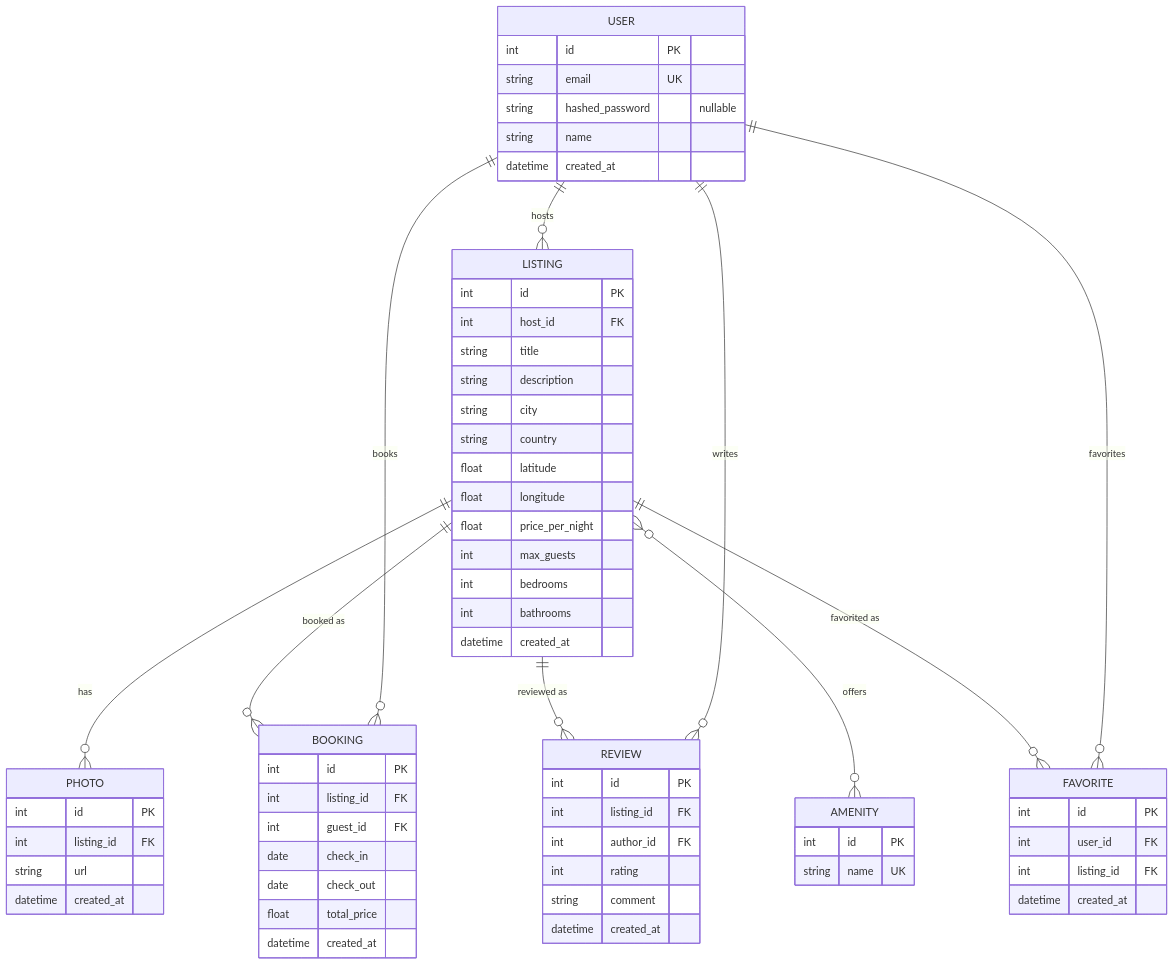
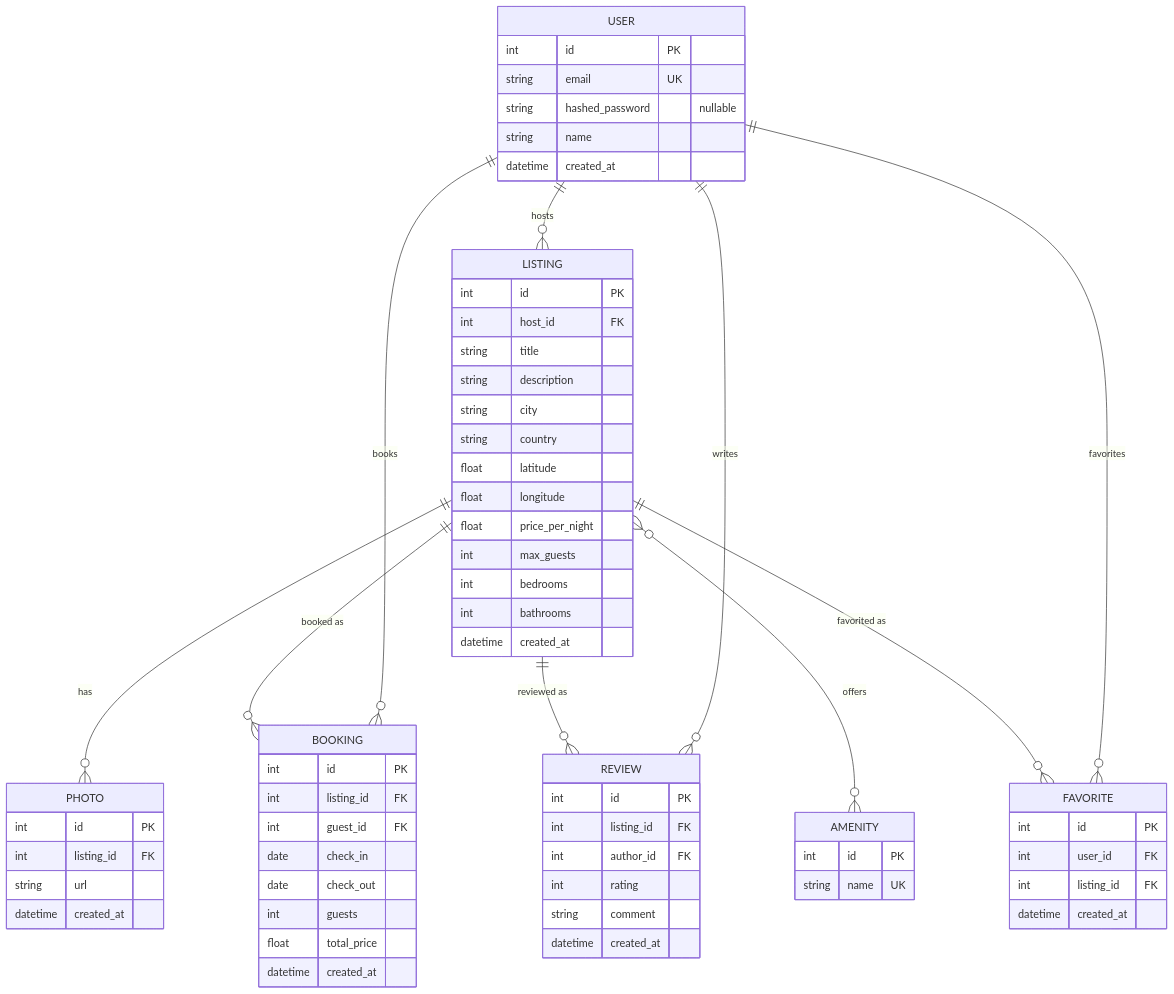
One commit to Killer545537/porchlight changed the diagram in .docs/DATABASE.md. Above: the diagram before and after it, drawn with Mermaid. The commit also changed other lines of this file and 10 other files, not shown here.

````diff
--- a/.docs/DATABASE.md
+++ b/.docs/DATABASE.md
@@ -9,68 +9,69 @@
 ```mermaid
 erDiagram
     USER ||--o{ LISTING : hosts
     USER ||--o{ BOOKING : books
     USER ||--o{ REVIEW : writes
     USER ||--o{ FAVORITE : favorites
     LISTING ||--o{ PHOTO : has
     LISTING ||--o{ BOOKING : "booked as"
     LISTING ||--o{ REVIEW : "reviewed as"
     LISTING ||--o{ FAVORITE : "favorited as"
     LISTING }o--o{ AMENITY : offers
 
     USER {
         int id PK
         string email UK
         string hashed_password "nullable"
         string name
         datetime created_at
     }
     LISTING {
         int id PK
         int host_id FK
         string title
         string description
         string city
         string country
         float latitude
         float longitude
         float price_per_night
         int max_guests
         int bedrooms
         int bathrooms
         datetime created_at
     }
     PHOTO {
         int id PK
         int listing_id FK
         string url
         datetime created_at
     }
     AMENITY {
         int id PK
         string name UK
     }
     BOOKING {
         int id PK
         int listing_id FK
         int guest_id FK
         date check_in
         date check_out
+        int guests
         float total_price
         datetime created_at
     }
     REVIEW {
         int id PK
         int listing_id FK
         int author_id FK
         int rating
         string comment
         datetime created_at
     }
     FAVORITE {
         int id PK
         int user_id FK
         int listing_id FK
         datetime created_at
     }
 ```
````
